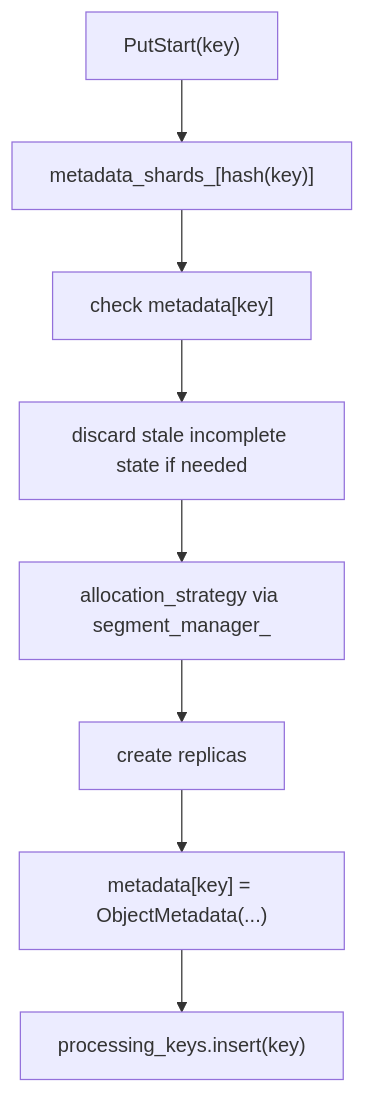
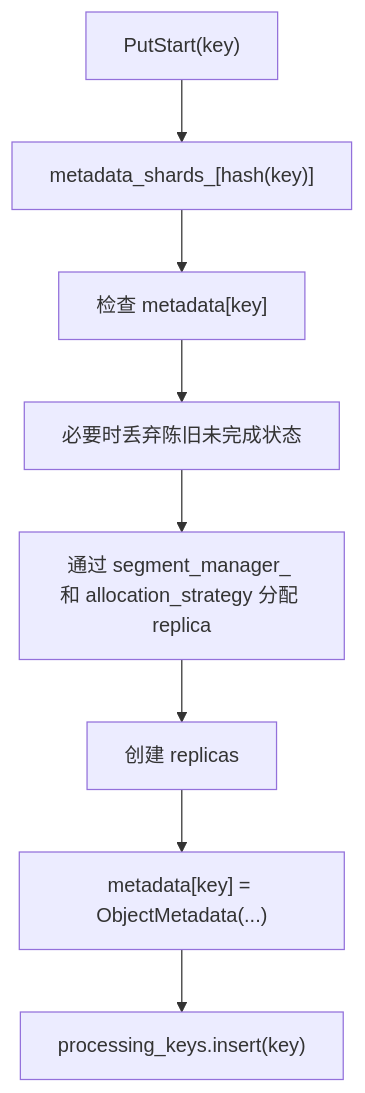
The fourth of 7 diagrams in docs/mooncake-masterservice-structures.md (bigboywwn/AI_coding), drawn with Mermaid before and after one commit. The commit also changed other lines of this file and 3 other files, not shown here.

````diff
--- a/docs/mooncake-masterservice-structures.md
+++ b/docs/mooncake-masterservice-structures.md
@@ -234,10 +237,10 @@
 ```mermaid
 flowchart TD
   A["PutStart(key)"] --> B["metadata_shards_[hash(key)]"]
-  B --> C["check metadata[key]"]
-  C --> D["discard stale incomplete state if needed"]
-  D --> E["allocation_strategy via segment_manager_"]
-  E --> F["create replicas"]
+  B --> C["检查 metadata[key]"]
+  C --> D["必要时丢弃陈旧未完成状态"]
+  D --> E["通过 segment_manager_ 和 allocation_strategy 分配 replica"]
+  E --> F["创建 replicas"]
   F --> G["metadata[key] = ObjectMetadata(...)"]
   G --> H["processing_keys.insert(key)"]
 ```
````
